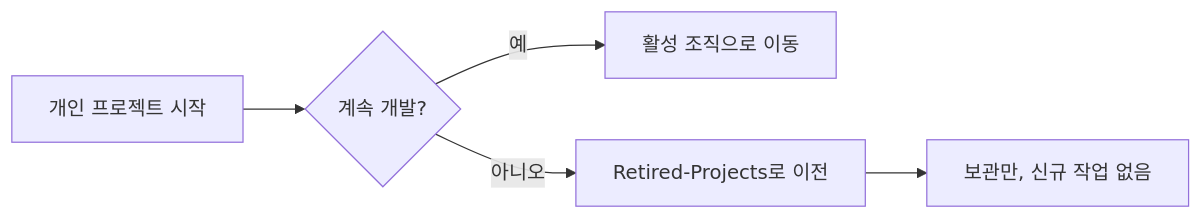
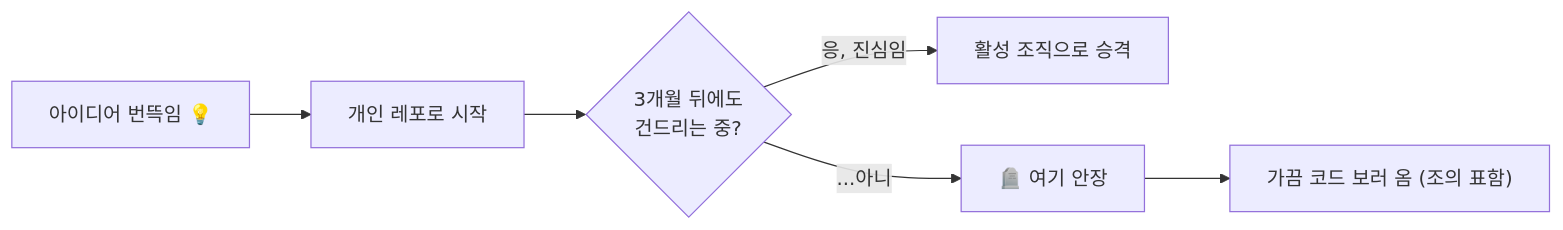
Before and after one commit to Retired-Projects/.github: the first of 2 diagrams in profile/README.md, drawn with Mermaid. The commit also changed other lines of this file, not shown here.

````diff
--- a/profile/README.md
+++ b/profile/README.md
@@ -7,7 +9,8 @@
 ```mermaid
 flowchart LR
-    a[개인 프로젝트 시작] --> b{계속 개발?}
-    b -- 예 --> c[활성 조직으로 이동]
-    b -- 아니오 --> d[Retired-Projects로 이전]
-    d --> e[보관만, 신규 작업 없음]
+    a["아이디어 번뜩임 💡"] --> b["개인 레포로 시작"]
+    b --> c{"3개월 뒤에도\n건드리는 중?"}
+    c -- "응, 진심임" --> d["활성 조직으로 승격"]
+    c -- "...아니" --> e["🪦 여기 안장"]
+    e --> f["가끔 코드 보러 옴 (조의 표함)"]
 ```
````
